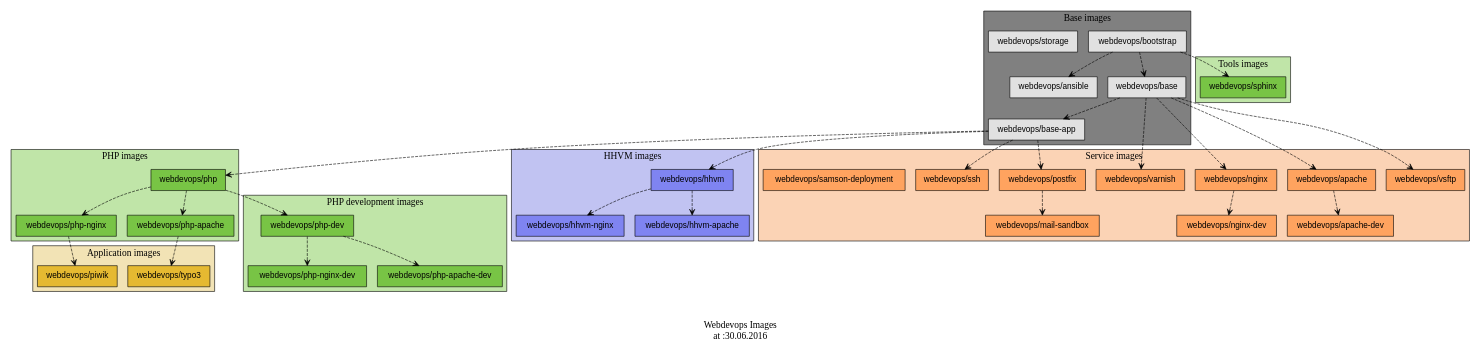
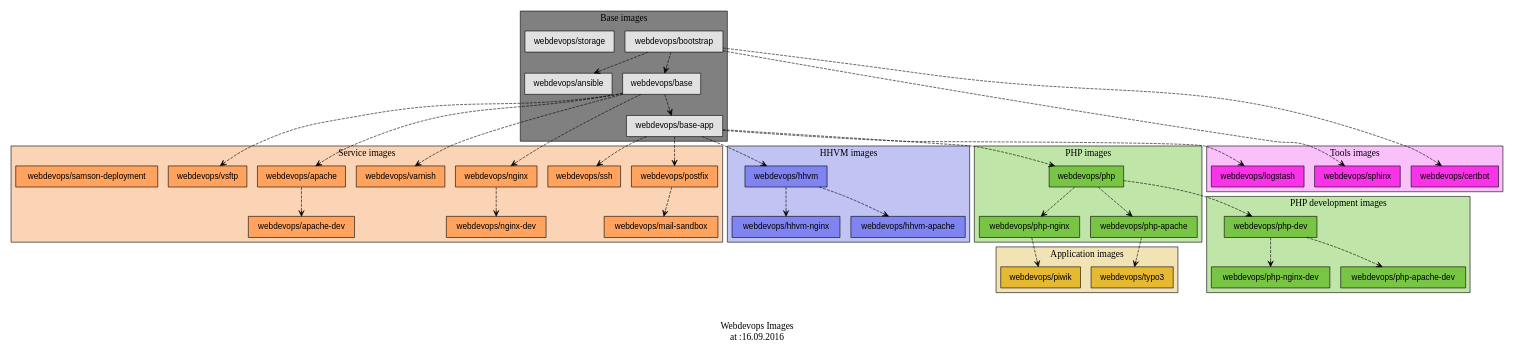
Before and after one commit to webdevops/Dockerfile: the diagram in documentation/docs/resources/images/docker-image-layout.gv, drawn with Graphviz. The commit also changed 11 other files, not shown here.

```diff
--- a/documentation/docs/resources/images/docker-image-layout.gv
+++ b/documentation/docs/resources/images/docker-image-layout.gv
@@ -1,80 +1,84 @@
 digraph webdevops {
 	graph [bgcolor=white fontcolor=black fontsize=16 rankdir=TP]
 	node [color=white fillcolor="#E1E1E1" fontcolor=black fontname=Helvetica shape=box style=filled]
 	edge [arrowhead=open color=black fontcolor=white fontname=Courier fontsize=12 style=dashed]
-	label = "\n\nWebdevops Images\n at :30.06.2016"
+	label = "\n\nWebdevops Images\n at :16.09.2016"
 		subgraph cluster_php {
 			graph [fillcolor="#c0e5a8" style=filled]
 			node [color=black fillcolor="#78c445" fontcolor=black fontname=Helvetica shape=box style=filled]
 			label = "PHP images"
 					"webdevops/php" -> "webdevops/php-nginx"
 				"webdevops/php"
 					"webdevops/php" -> "webdevops/php-apache"
 		}
 		subgraph cluster_service {
 			graph [fillcolor="#fbd3b5" style=filled]
 			node [color=black fillcolor="#ffa35f" fontcolor=black fontname=Helvetica shape=box style=filled]
 			label = "Service images"
 				"webdevops/varnish"
 				"webdevops/nginx"
 					"webdevops/nginx" -> "webdevops/nginx-dev"
 				"webdevops/ssh"
 					"webdevops/postfix" -> "webdevops/mail-sandbox"
+				"webdevops/vsftp"
 				"webdevops/apache"
-				"webdevops/vsftp"
 				"webdevops/samson-deployment"
 					"webdevops/apache" -> "webdevops/apache-dev"
 				"webdevops/postfix"
 		}
 		subgraph cluster_application {
 			graph [fillcolor="#f2e3b5" style=filled]
 			node [color=black fillcolor="#e5b931" fontcolor=black fontname=Helvetica shape=box style=filled]
 			label = "Application images"
 				"webdevops/typo3"
 				"webdevops/piwik"
 		}
 		subgraph cluster_common {
 			graph [fillcolor=gray style=filled]
 			node [color=black fillcolor="#e1e1e1" fontcolor=black fontname=Helvetica shape=box style=filled]
 			label = "Base images"
 					"webdevops/bootstrap" -> "webdevops/ansible"
 				"webdevops/storage"
 					"webdevops/base" -> "webdevops/base-app"
 				"webdevops/bootstrap"
 					"webdevops/bootstrap" -> "webdevops/base"
 		}
 		subgraph cluster_hhvm {
 			graph [fillcolor="#c1c3f2" style=filled]
 			node [color=black fillcolor="#7f84f1" fontcolor=black fontname=Helvetica shape=box style=filled]
 			label = "HHVM images"
 					"webdevops/hhvm" -> "webdevops/hhvm-nginx"
 					"webdevops/hhvm" -> "webdevops/hhvm-apache"
 				"webdevops/hhvm"
 		}
 		subgraph cluster_tools {
-			graph [fillcolor="#c0e5a8" style=filled]
-			node [color=black fillcolor="#78c445" fontcolor=black fontname=Helvetica shape=box style=filled]
+			graph [fillcolor="#fac0fa" style=filled]
+			node [color=black fillcolor="#f833e8" fontcolor=black fontname=Helvetica shape=box style=filled]
 			label = "Tools images"
 				"webdevops/sphinx"
+				"webdevops/logstash"
+				"webdevops/certbot"
 		}
 		subgraph "cluster_php-dev" {
 			graph [fillcolor="#c0e5a8" style=filled]
 			node [color=black fillcolor="#78c445" fontcolor=black fontname=Helvetica shape=box style=filled]
 			label = "PHP development images"
 					"webdevops/php-dev" -> "webdevops/php-nginx-dev"
 					"webdevops/php-dev" -> "webdevops/php-apache-dev"
 				"webdevops/php-dev"
 		}
 			"webdevops/base-app" -> "webdevops/php"
+			"webdevops/base-app" -> "webdevops/logstash"
 			"webdevops/php-apache" -> "webdevops/typo3"
 			"webdevops/base-app" -> "webdevops/ssh"
 			"webdevops/base-app" -> "webdevops/postfix"
+			"webdevops/base" -> "webdevops/apache"
+			"webdevops/base" -> "webdevops/nginx"
 			"webdevops/base" -> "webdevops/vsftp"
-			"webdevops/base" -> "webdevops/nginx"
-			"webdevops/base" -> "webdevops/apache"
 			"webdevops/base-app" -> "webdevops/hhvm"
 			"webdevops/bootstrap" -> "webdevops/sphinx"
 			"webdevops/php-nginx" -> "webdevops/piwik"
 			"webdevops/base" -> "webdevops/varnish"
 			"webdevops/php" -> "webdevops/php-dev"
+			"webdevops/bootstrap" -> "webdevops/certbot"
 }
```
